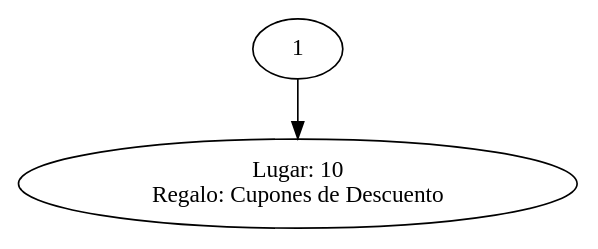
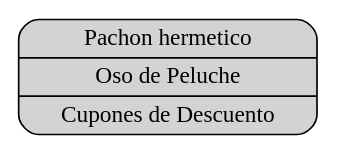
One commit to KevinPalaciosQ/IPC2_Proyecto1_201902278 changed the diagram in Regalos/reporte.dot. Above: the diagram before and after it, drawn with Graphviz. The commit also changed 16 other files, not shown here.

```diff
--- a/Regalos/reporte.dot
+++ b/Regalos/reporte.dot
@@ -1,5 +1,7 @@
 digraph G{
 
-1->2;
-2[label="Lugar: 10\nRegalo: Cupones de Descuento"];
+rankdir=LR; 
+ node[shape=Mrecord]; 
+ graph [fontname="Century Gothic"]; 
+ Pila[style="filled" ,label="Pachon hermetico|Oso de Peluche|Cupones de Descuento"];
 }
```
